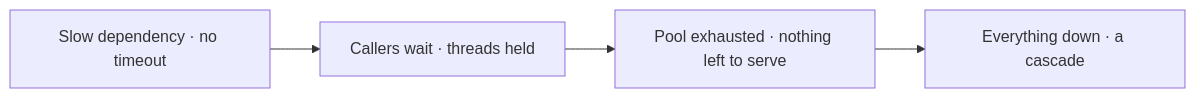
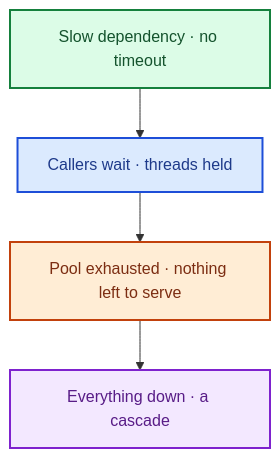
The first of 5 diagrams in content/en/docs/agentic_ai/system_design_resilience.md (kk-engineer/robosathi), drawn with Mermaid before and after one commit. The commit also changed other lines of this file and 15 other files, not shown here.

First line of the commit message:
perf: Lighter pages and on-demand loading; legible flow diagrams

````diff
--- a/content/en/docs/agentic_ai/system_design_resilience.md
+++ b/content/en/docs/agentic_ai/system_design_resilience.md
@@ -54,4 +54,14 @@
 ```mermaid
-graph LR
+graph TD
     S["Slow dependency · no timeout"] --> W["Callers wait · threads held"] --> P["Pool exhausted · nothing left to serve"] --> D["Everything down · a cascade"]
+    classDef c1 fill:#dcfce7,stroke:#15803d,stroke-width:2px,color:#14532d
+    classDef c2 fill:#dbeafe,stroke:#1d4ed8,stroke-width:2px,color:#1e3a8a
+    classDef c3 fill:#ffedd5,stroke:#c2410c,stroke-width:2px,color:#7c2d12
+    classDef c4 fill:#f3e8ff,stroke:#7e22ce,stroke-width:2px,color:#581c87
+    classDef c5 fill:#fee2e2,stroke:#b91c1c,stroke-width:2px,color:#7f1d1d
+    classDef c6 fill:#ccfbf1,stroke:#0f766e,stroke-width:2px,color:#134e4a
+    class S c1
+    class W c2
+    class P c3
+    class D c4
 ```
````
